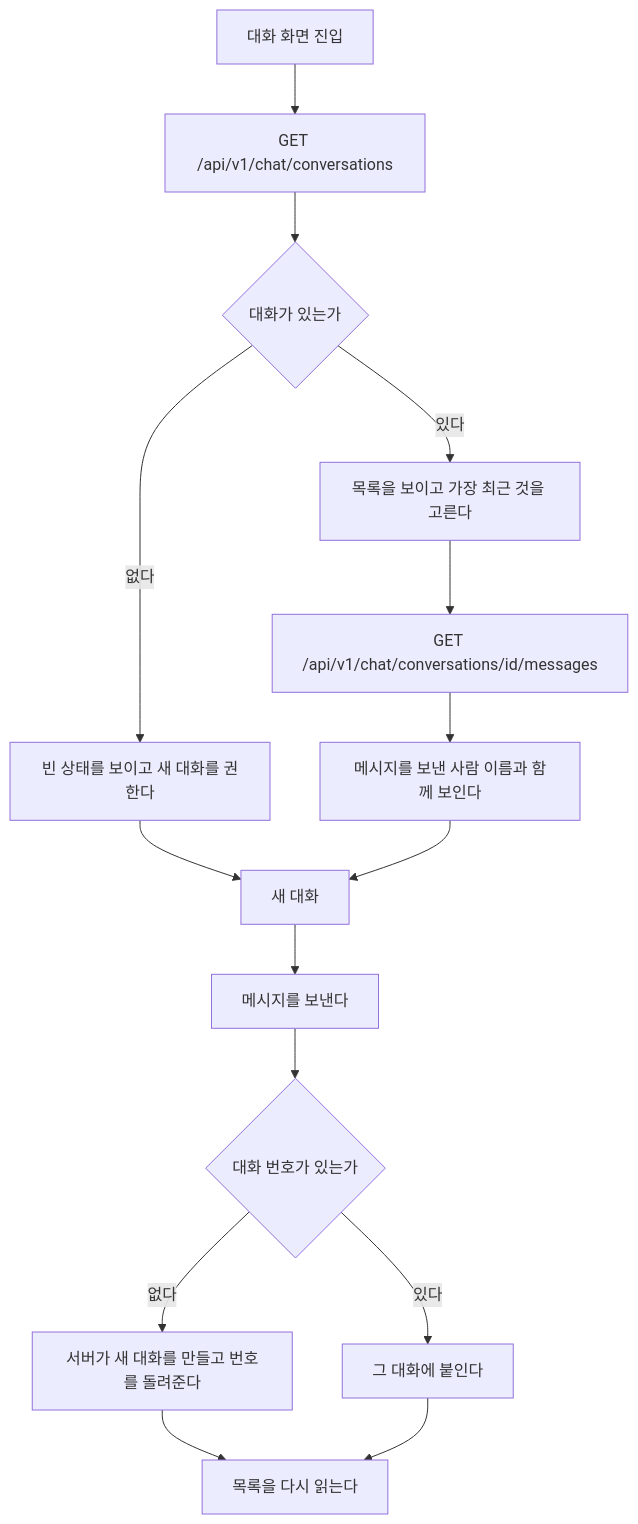
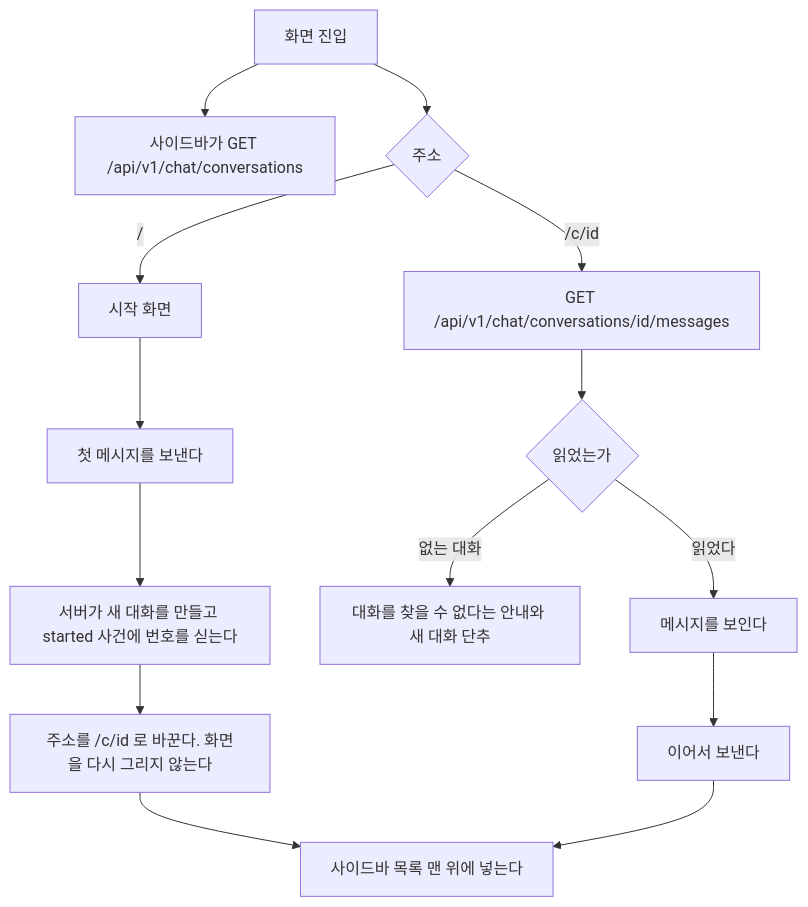
One commit to jon890/fos-assistant changed the ninth of 13 diagrams in docs/flow.md. Above: the diagram before and after it, drawn with Mermaid. The commit also changed other lines of this file and 7 other files, not shown here.

````diff
--- a/docs/flow.md
+++ b/docs/flow.md
@@ -410,17 +417,16 @@
 ```mermaid
 flowchart TD
-    A[대화 화면 진입] --> B[GET /api/v1/chat/conversations]
-    B --> C{대화가 있는가}
-    C -- 없다 --> D[빈 상태를 보이고 새 대화를 권한다]
-    C -- 있다 --> E[목록을 보이고 가장 최근 것을 고른다]
-    E --> F[GET /api/v1/chat/conversations/id/messages]
-    F --> G[메시지를 보낸 사람 이름과 함께 보인다]
-    D --> H[새 대화]
-    G --> H
-    H --> I[메시지를 보낸다]
-    I --> J{대화 번호가 있는가}
-    J -- 없다 --> K[서버가 새 대화를 만들고 번호를 돌려준다]
-    J -- 있다 --> L[그 대화에 붙인다]
-    K --> M[목록을 다시 읽는다]
+    A[화면 진입] --> B[사이드바가 GET /api/v1/chat/conversations]
+    A --> P{주소}
+    P -- / --> N[시작 화면]
+    P -- /c/id --> F[GET /api/v1/chat/conversations/id/messages]
+    F --> F1{읽었는가}
+    F1 -- 없는 대화 --> X[대화를 찾을 수 없다는 안내와 새 대화 단추]
+    F1 -- 읽었다 --> G[메시지를 보인다]
+    N --> I[첫 메시지를 보낸다]
+    I --> K[서버가 새 대화를 만들고 started 사건에 번호를 싣는다]
+    K --> R[주소를 /c/id 로 바꾼다. 화면을 다시 그리지 않는다]
+    R --> M[사이드바 목록 맨 위에 넣는다]
+    G --> L[이어서 보낸다]
     L --> M
 ```
````
